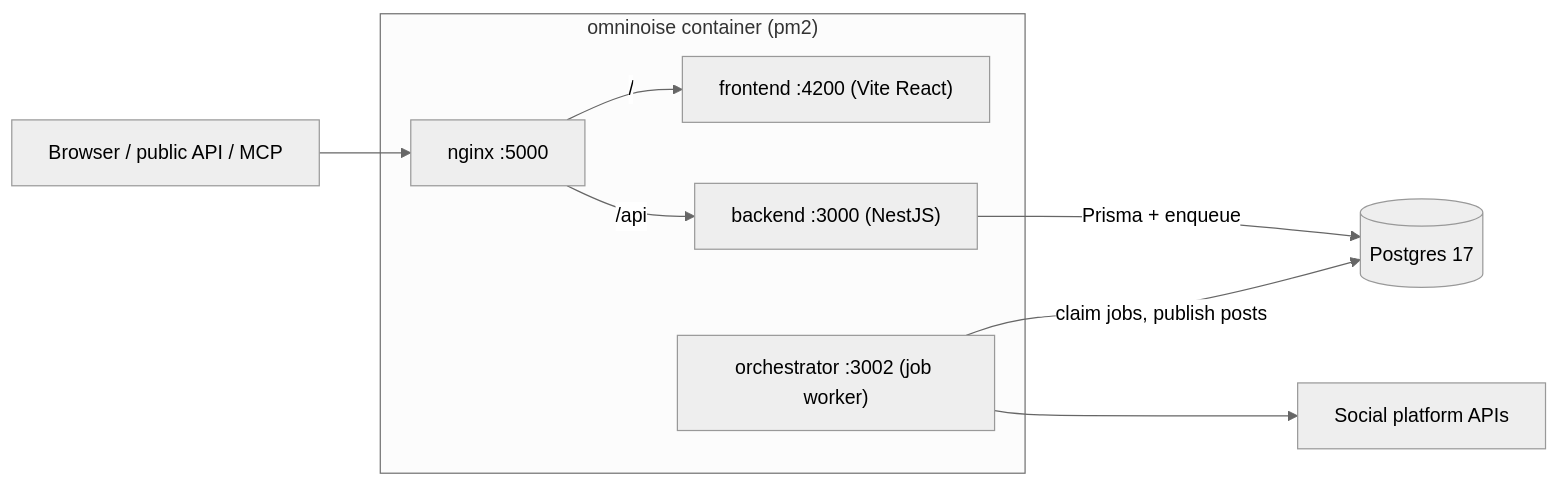
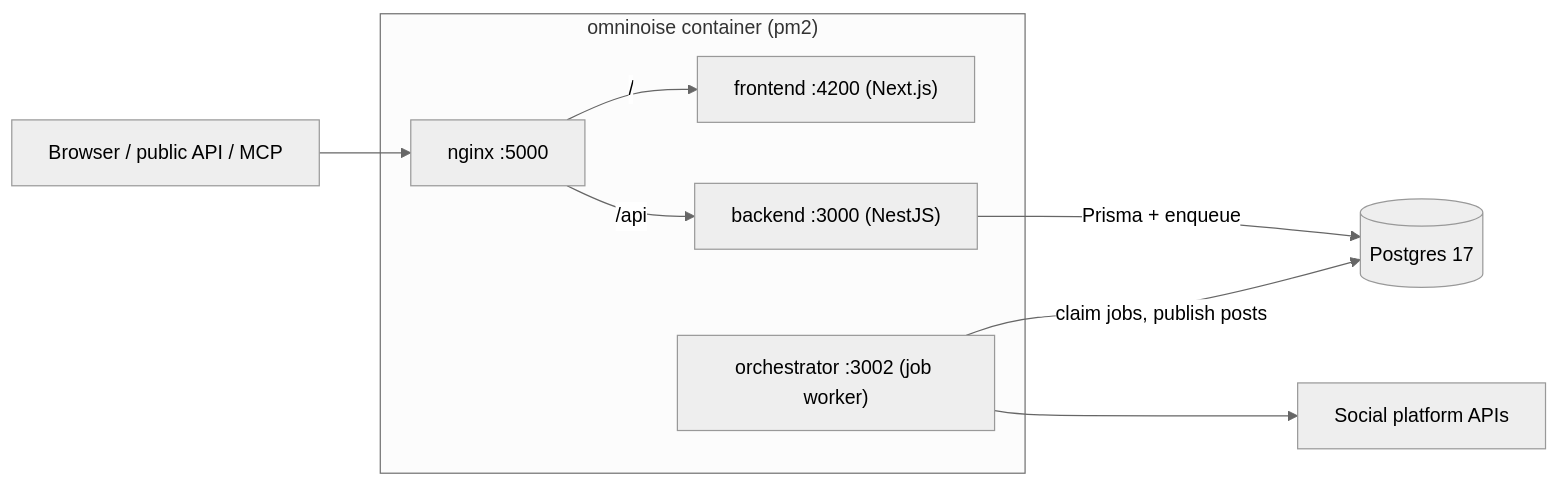
One commit to cuongtranba/omninoise changed the diagram in README.md. Above: the diagram before and after it, drawn with Mermaid (neutral theme). The commit also changed other lines of this file and 43 other files, not shown here.

````diff
--- a/README.md
+++ b/README.md
@@ -18,12 +18,12 @@
 ```mermaid
 flowchart LR
   user["Browser / public API / MCP"] --> nginx["nginx :5000"]
   subgraph app["omninoise container (pm2)"]
-    nginx -->|"/"| frontend["frontend :4200 (Vite React)"]
+    nginx -->|"/"| frontend["frontend :4200 (Next.js)"]
     nginx -->|"/api"| backend["backend :3000 (NestJS)"]
     orchestrator["orchestrator :3002 (job worker)"]
   end
   backend -->|"Prisma + enqueue"| pg[("Postgres 17")]
   orchestrator -->|"claim jobs, publish posts"| pg
   orchestrator --> social["Social platform APIs"]
 ```
````
